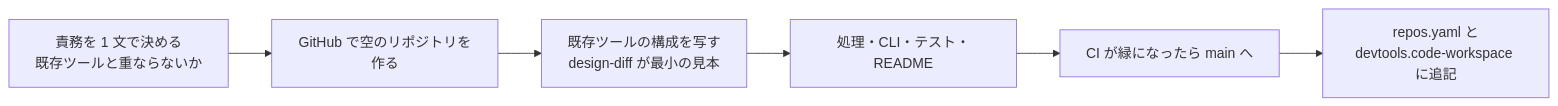
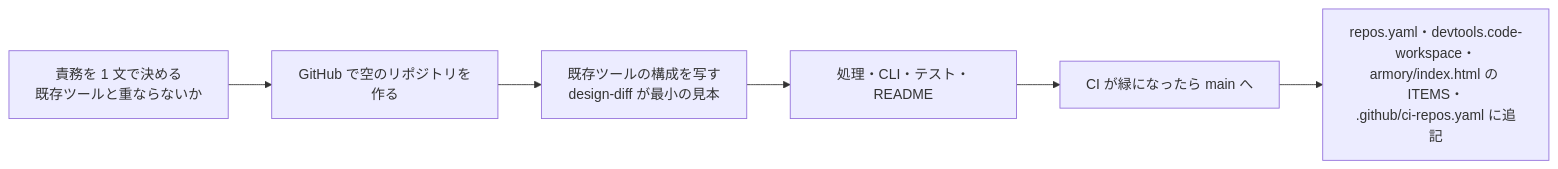
The diagram in docs/NEW_TOOL.md (shoyo-maya-bot/devtools-workspace), drawn with Mermaid before and after one commit. The commit also changed other lines of this file and 2 other files, not shown here.

First line of the commit message:
docs: 新しいツールの登録手順に armory/index.html の ITEMS と .github/ci-repos.yaml を足す

````diff
--- a/docs/NEW_TOOL.md
+++ b/docs/NEW_TOOL.md
@@ -3,8 +3,8 @@
 ```mermaid
 flowchart LR
   A[責務を 1 文で決める<br/>既存ツールと重ならないか] --> B[GitHub で空のリポジトリを作る]
   B --> C[既存ツールの構成を写す<br/>design-diff が最小の見本]
   C --> D[処理・CLI・テスト・README]
   D --> E[CI が緑になったら main へ]
-  E --> F[repos.yaml と<br/>devtools.code-workspace に追記]
+  E --> F[repos.yaml・devtools.code-workspace・<br/>armory/index.html の ITEMS・<br/>.github/ci-repos.yaml に追記]
 ```
````
